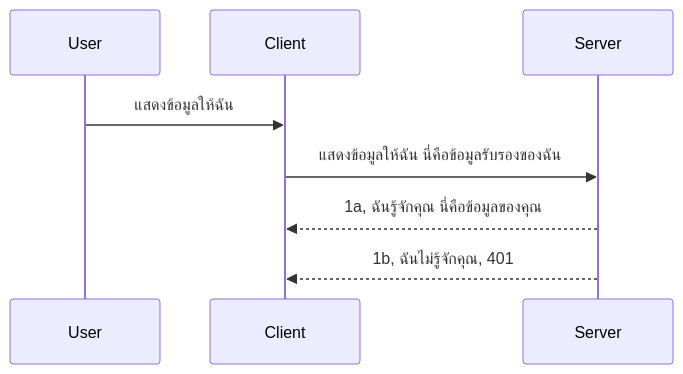
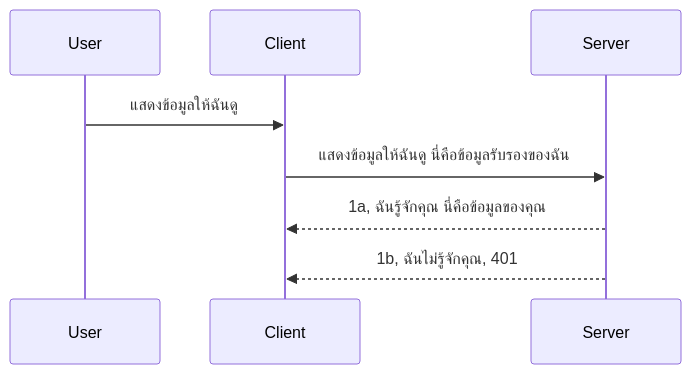
The diagram in mcp_ecosystem__model_context_protocol/mcp_learning_resources/mcp-for-beginners/translations/th/03-GettingStarted/11-simple-auth/README.md (HIDORAKAI002/ai-workspace-archive), drawn with Mermaid before and after one commit. The commit also changed other lines of this file and 1046 other files, not shown here.

````diff
--- a/mcp_ecosystem__model_context_protocol/mcp_learning_resources/mcp-for-beginners/translations/th/03-GettingStarted/11-simple-auth/README.md
+++ b/mcp_ecosystem__model_context_protocol/mcp_learning_resources/mcp-for-beginners/translations/th/03-GettingStarted/11-simple-auth/README.md
@@ -24,11 +24,11 @@
 ```mermaid
 sequenceDiagram
    participant User
    participant Client
    participant Server
 
-   User->>Client: แสดงข้อมูลให้ฉัน
-   Client->>Server: แสดงข้อมูลให้ฉัน นี่คือข้อมูลรับรองของฉัน
+   User->>Client: แสดงข้อมูลให้ฉันดู
+   Client->>Server: แสดงข้อมูลให้ฉันดู นี่คือข้อมูลรับรองของฉัน
    Server-->>Client: 1a, ฉันรู้จักคุณ นี่คือข้อมูลของคุณ
    Server-->>Client: 1b, ฉันไม่รู้จักคุณ, 401 
 ```
````
